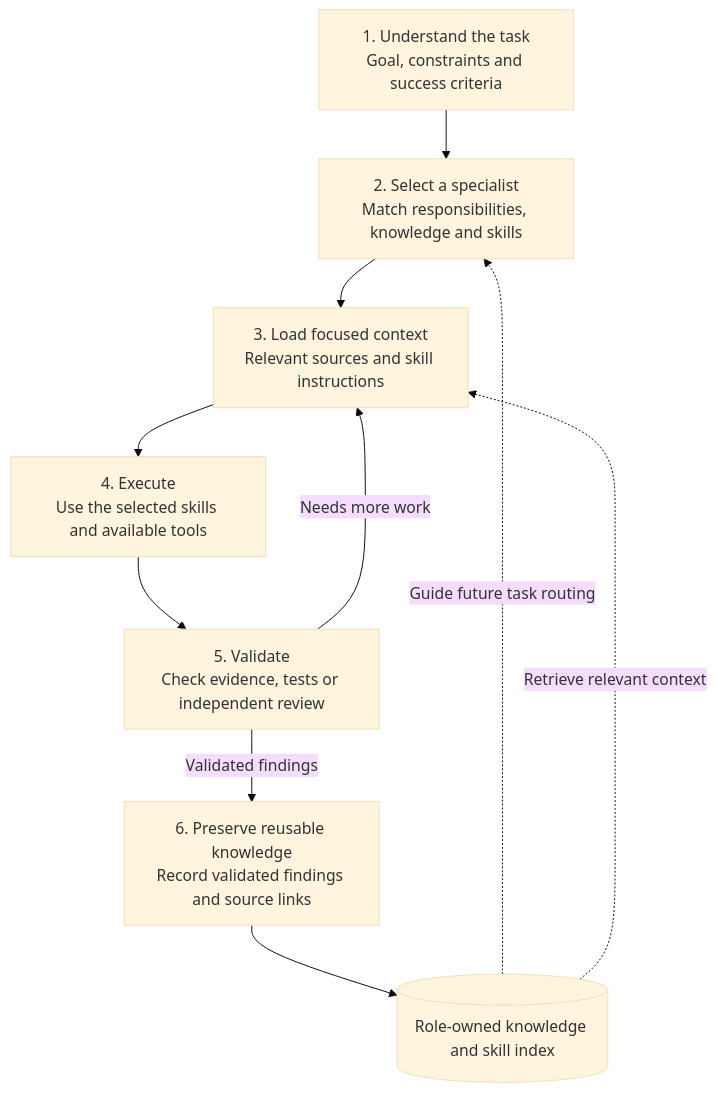
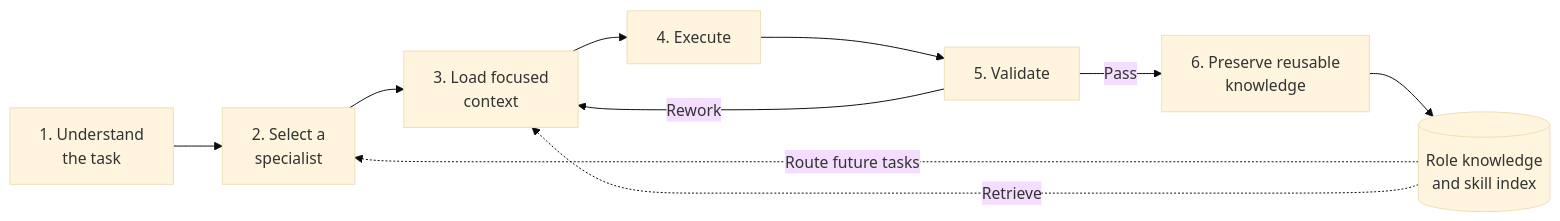
One commit to newbiesitl/paprika-inc changed the second of 2 diagrams in README.md. Above: the diagram before and after it, drawn with Mermaid (base theme).

Commit message:
docs: make the task-routing diagram compact and accessible

````diff
--- a/README.md
+++ b/README.md
@@ -178,17 +178,19 @@
 ```mermaid
-flowchart TD
-    Task["1. Understand the task<br/>Goal, constraints and success criteria"]
-    Route["2. Select a specialist<br/>Match responsibilities, knowledge and skills"]
-    Context["3. Load focused context<br/>Relevant sources and skill instructions"]
-    Execute["4. Execute<br/>Use the selected skills and available tools"]
-    Validate["5. Validate<br/>Check evidence, tests or independent review"]
-    Preserve["6. Preserve reusable knowledge<br/>Record validated findings and source links"]
-    Knowledge[("Role-owned knowledge and skill index")]
+flowchart LR
+    accTitle: Planned task-routing cycle
+    accDescr: Understand the task, select a specialist, load focused context, execute, validate and preserve reusable knowledge. Validation can send work back for more context. Preserved knowledge improves future routing and retrieval.
+    Task["1. Understand<br/>the task"]
+    Route["2. Select a<br/>specialist"]
+    Context["3. Load focused<br/>context"]
+    Execute["4. Execute"]
+    Validate["5. Validate"]
+    Preserve["6. Preserve reusable<br/>knowledge"]
+    Knowledge[("Role knowledge<br/>and skill index")]
 
     Task --> Route --> Context --> Execute --> Validate
-    Validate -->|"Validated findings"| Preserve
-    Validate -->|"Needs more work"| Context
+    Validate -->|"Pass"| Preserve
+    Validate -->|"Rework"| Context
     Preserve --> Knowledge
-    Knowledge -.->|"Guide future task routing"| Route
-    Knowledge -.->|"Retrieve relevant context"| Context
+    Knowledge -.->|"Route future tasks"| Route
+    Knowledge -.->|"Retrieve"| Context
 ```
````
